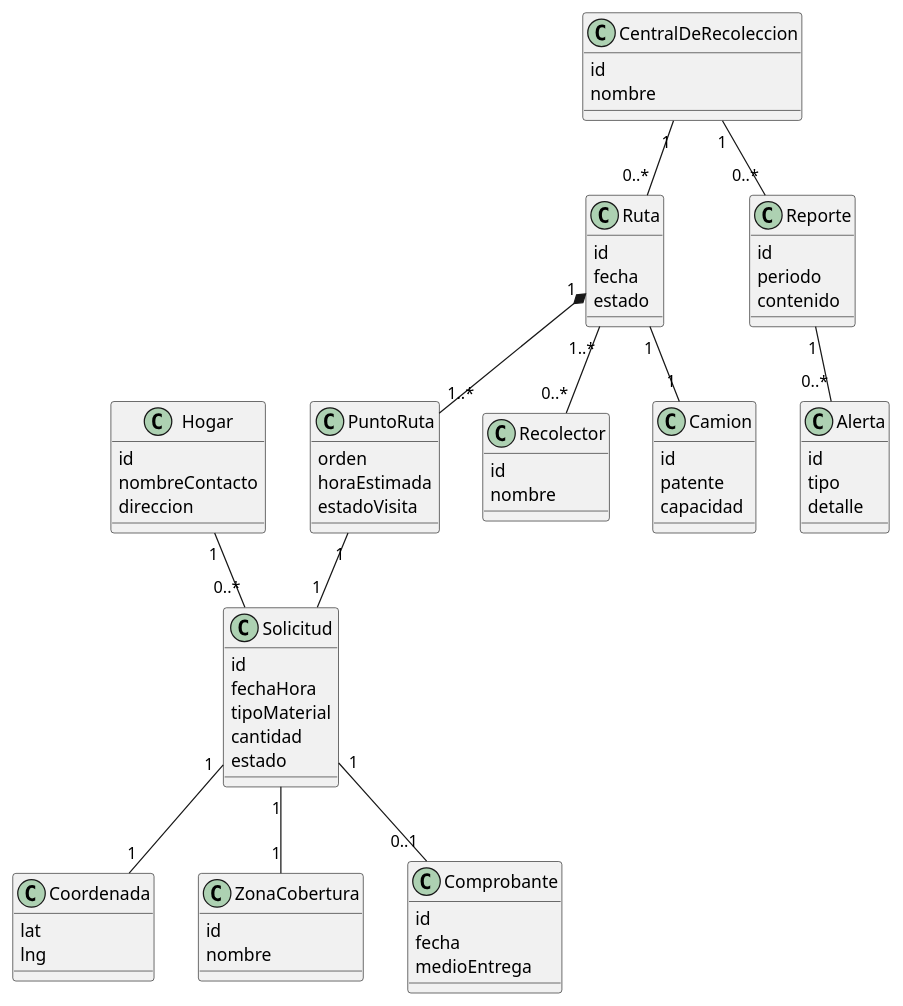
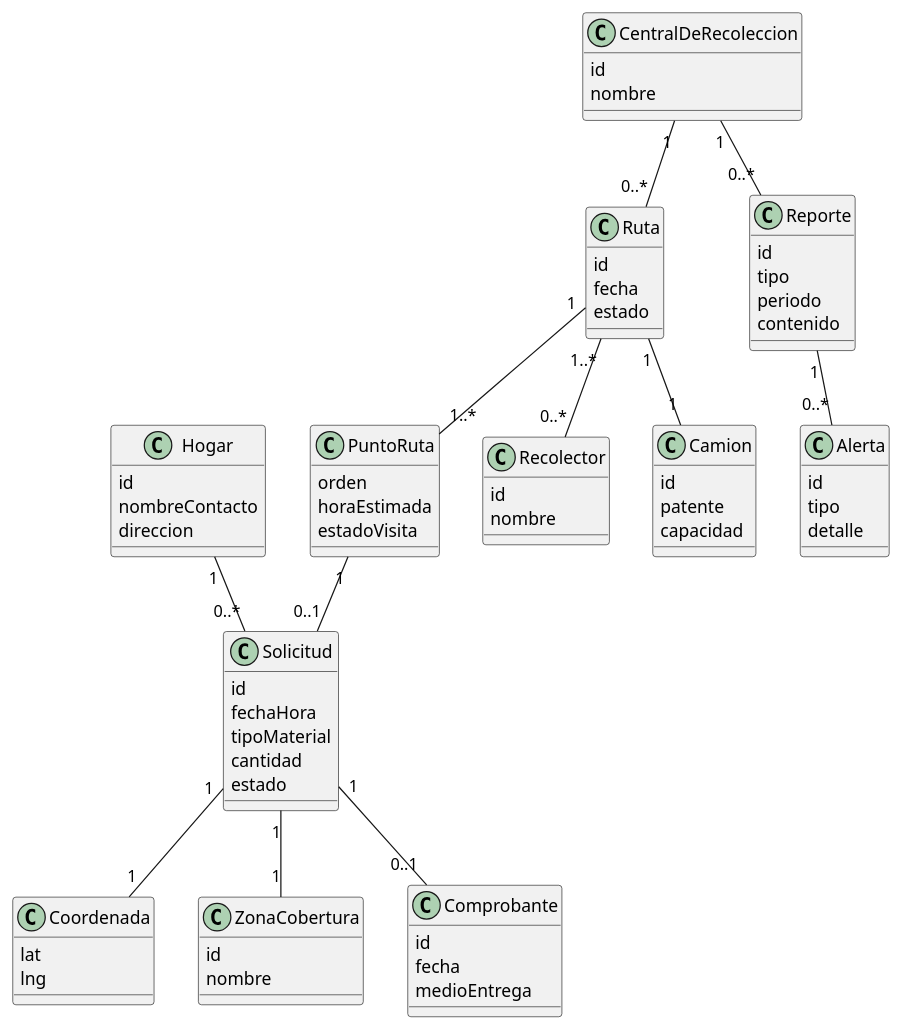
One commit to diss17/proyecto_is1 changed the diagram in 05_ayudantia/EsquemaConceptual.puml. Above: the diagram before and after it, drawn with PlantUML. The commit also changed 5 other files, not shown here.

```diff
--- a/05_ayudantia/EsquemaConceptual.puml
+++ b/05_ayudantia/EsquemaConceptual.puml
@@ -1,79 +1,82 @@
 @startuml
 skinparam classAttributeIconSize 0
 
 class Hogar {
   id
   nombreContacto
   direccion
 }
 class Solicitud {
   id
   fechaHora
   tipoMaterial
   cantidad
   estado
 }
 class Coordenada {
   lat
   lng
 }
 class ZonaCobertura {
   id
   nombre
 }
 class CentralDeRecoleccion {
   id
   nombre
 }
 class Ruta {
   id
   fecha
   estado
 }
 class PuntoRuta {
   orden
   horaEstimada
   estadoVisita
 }
 class Recolector {
   id
   nombre
 }
 class Camion {
   id
   patente
   capacidad
 }
 class Comprobante {
   id
   fecha
   medioEntrega
 }
 class Reporte {
   id
+  ' <- agregado (UC3)
+  tipo        
   periodo
   contenido
 }
 class Alerta {
   id
   tipo
   detalle
 }
 
 Hogar "1" -- "0..*" Solicitud
 Solicitud "1" -- "1" Coordenada
 Solicitud "1" -- "1" ZonaCobertura
 
 CentralDeRecoleccion "1" -- "0..*" Ruta
 Ruta "1" -- "1" Camion
-
 Ruta "1..*" -- "0..*" Recolector
 
-Ruta "1" *-- "1..*" PuntoRuta
-PuntoRuta "1" -- "1" Solicitud   
+Ruta "1" -- "1..*" PuntoRuta
+' cambio: permite solicitud sin ruta aun
+PuntoRuta "1" -- "0..1" Solicitud
+
 
 Solicitud "1" -- "0..1" Comprobante
 
 CentralDeRecoleccion "1" -- "0..*" Reporte
 Reporte "1" -- "0..*" Alerta
 @enduml
```
